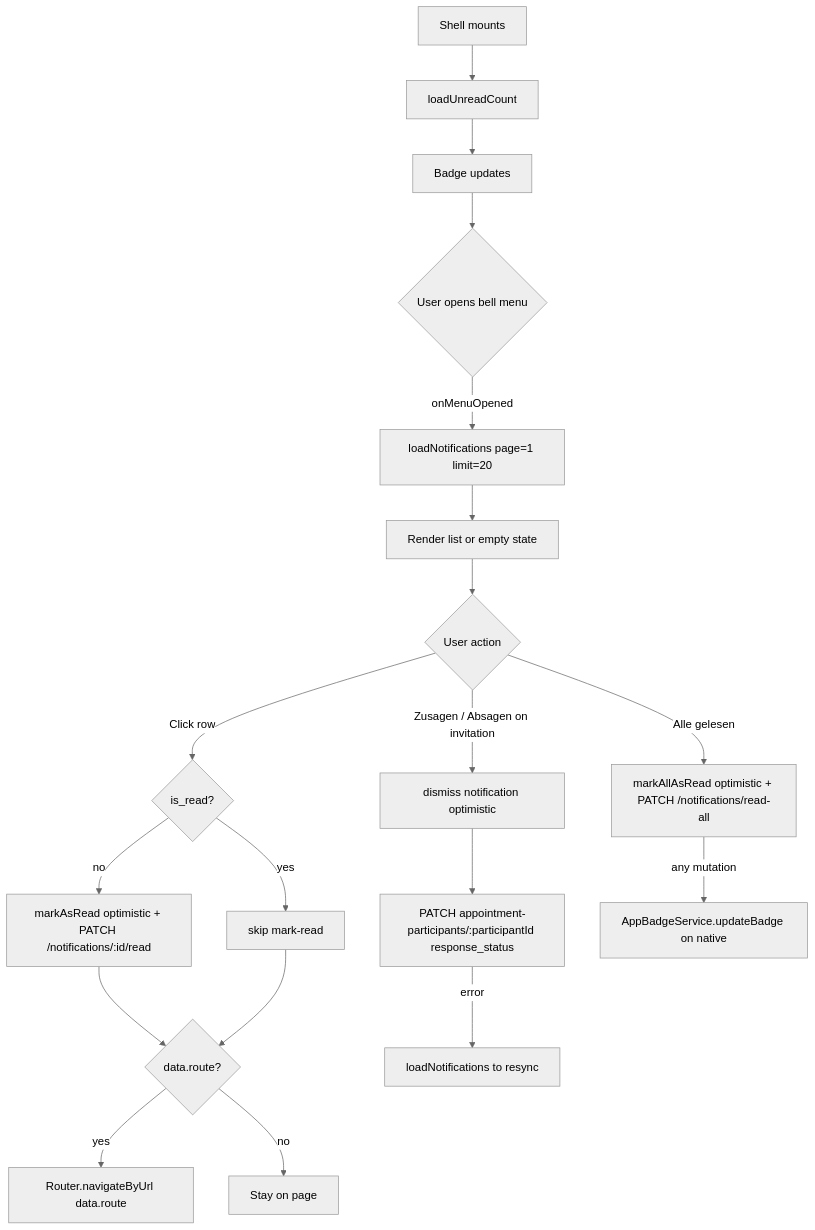
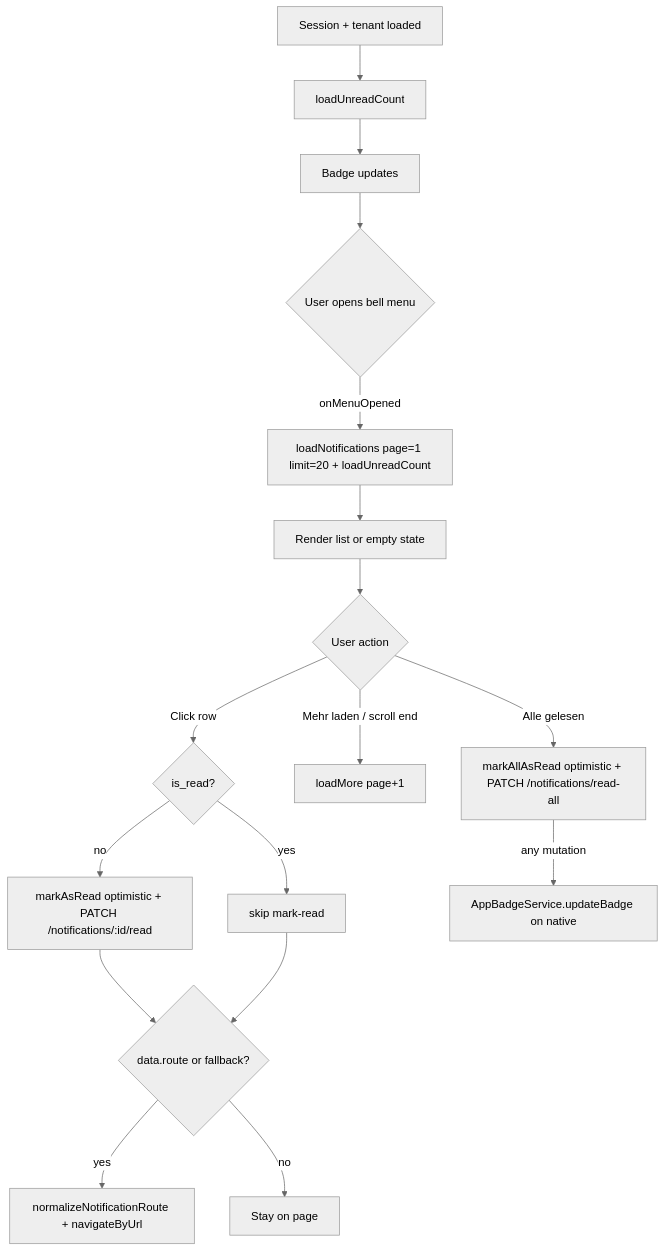
Before and after one commit to tremaze/tagea-specs: the diagram in shell/notification-center/spec.md, drawn with Mermaid (neutral theme). The commit also changed other lines of this file and 26 other files, not shown here.

````diff
--- a/shell/notification-center/spec.md
+++ b/shell/notification-center/spec.md
@@ -104,21 +114,19 @@
 ```mermaid
 flowchart TD
-    A[Shell mounts] --> B[loadUnreadCount]
+    A[Session + tenant loaded] --> B[loadUnreadCount]
     B --> C[Badge updates]
     C --> D{User opens bell menu}
-    D -->|onMenuOpened| E[loadNotifications page=1 limit=20]
+    D -->|onMenuOpened| E[loadNotifications page=1 limit=20 + loadUnreadCount]
     E --> F[Render list or empty state]
     F --> G{User action}
     G -->|Click row| H{is_read?}
     H -->|no| I[markAsRead optimistic + PATCH /notifications/:id/read]
     H -->|yes| J[skip mark-read]
-    I --> K{data.route?}
+    I --> K{data.route or fallback?}
     J --> K
-    K -->|yes| L[Router.navigateByUrl data.route]
+    K -->|yes| L[normalizeNotificationRoute + navigateByUrl]
     K -->|no| M[Stay on page]
-    G -->|Zusagen / Absagen on invitation| N[dismiss notification optimistic]
-    N --> O[PATCH appointment-participants/:participantId response_status]
-    O -->|error| P[loadNotifications to resync]
+    G -->|Mehr laden / scroll end| S[loadMore page+1]
     G -->|Alle gelesen| Q[markAllAsRead optimistic + PATCH /notifications/read-all]
     Q -->|any mutation| R[AppBadgeService.updateBadge on native]
 ```
````
